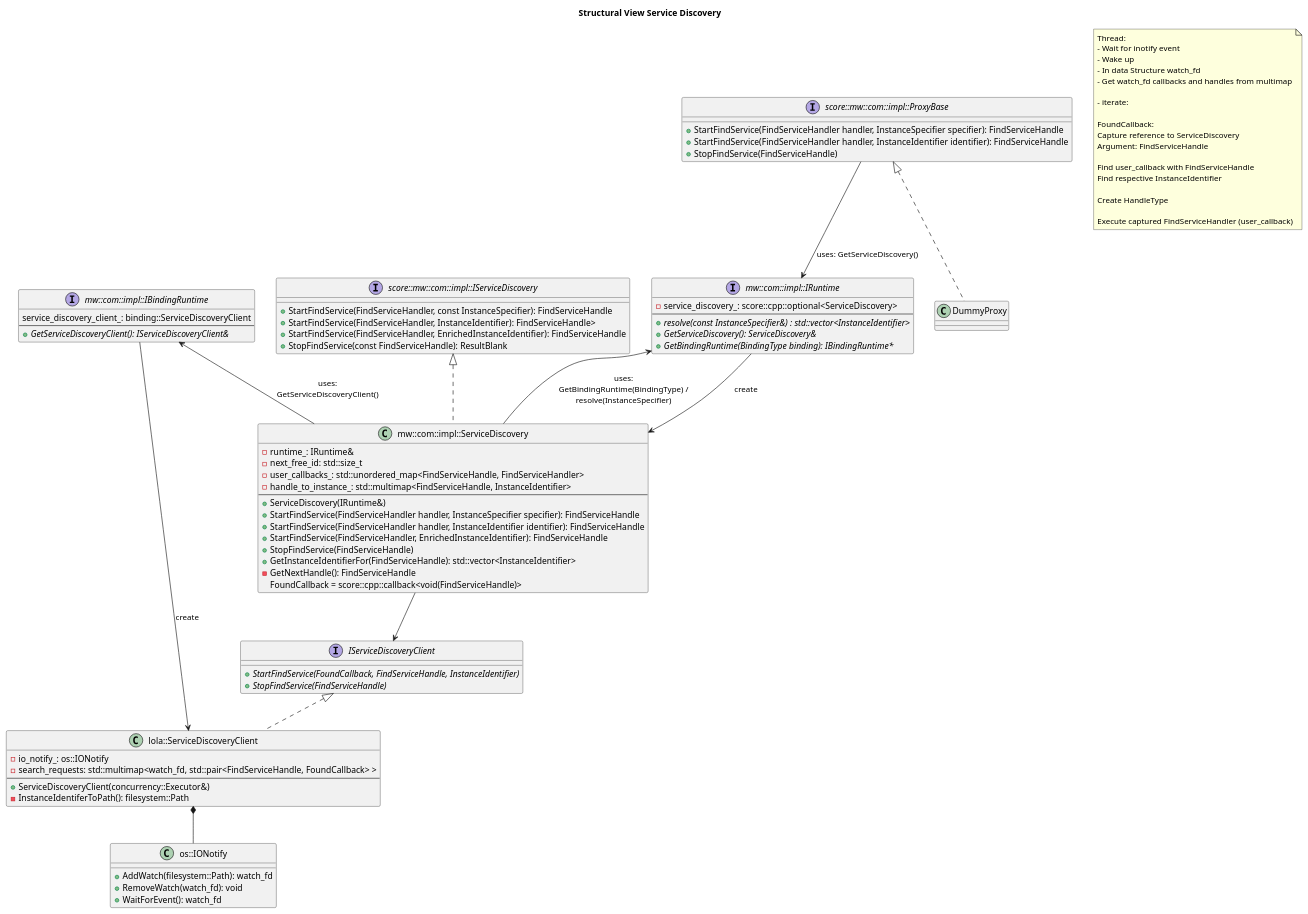
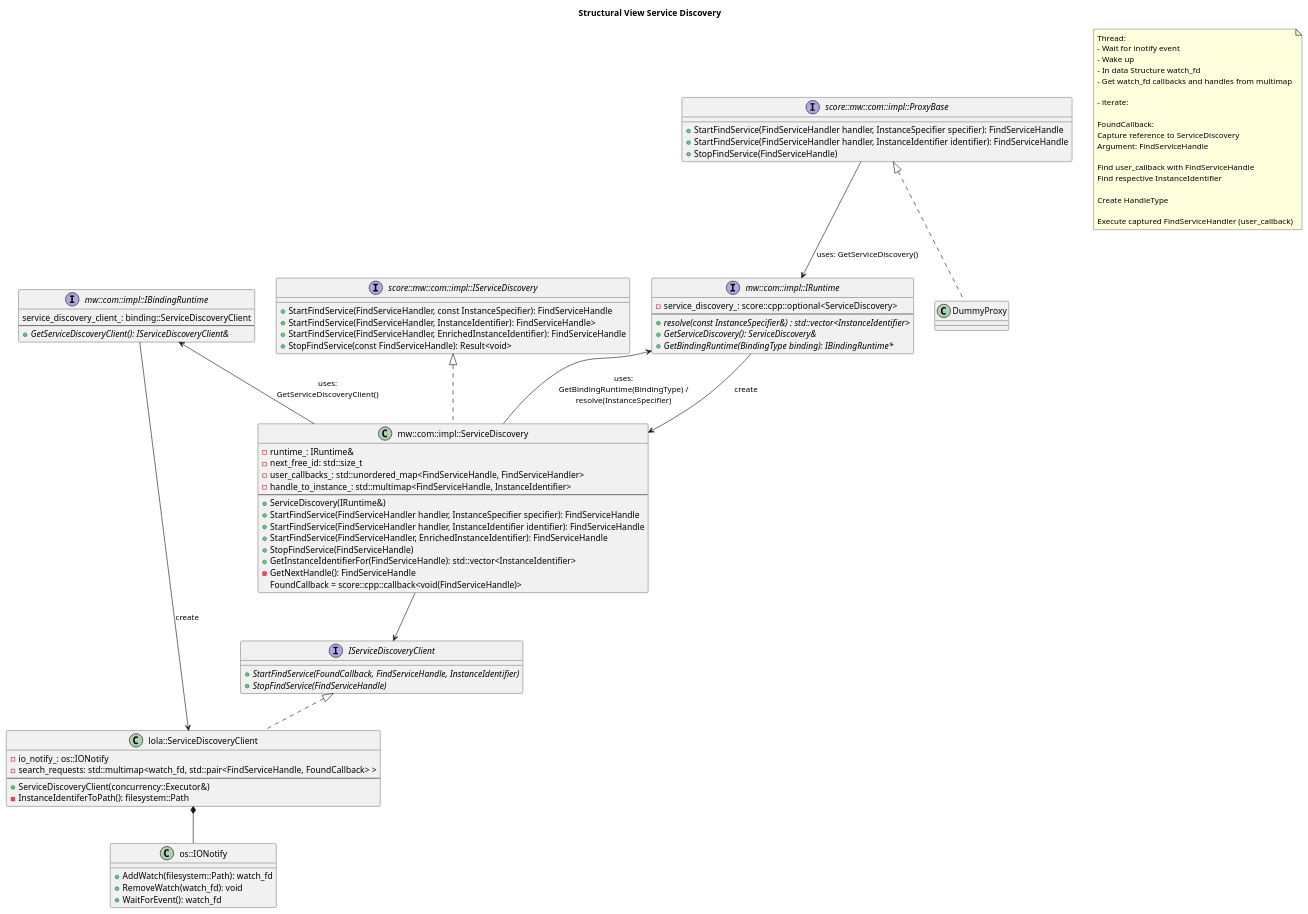
Before and after one commit to qorix-group/communication: the diagram in score/mw/com/design/service_discovery/structural_view.puml, drawn with PlantUML. The commit also changed 163 other files, not shown here.

Commit message:
Use Result<void> directly instead of aliases

```diff
--- a/score/mw/com/design/service_discovery/structural_view.puml
+++ b/score/mw/com/design/service_discovery/structural_view.puml
@@ -1,101 +1,101 @@
 @startuml structural_view_service_discovery
 title "Structural View Service Discovery"
 
 interface "mw::com::impl::IRuntime" as IRuntime {
   - service_discovery_: score::cpp::optional<ServiceDiscovery>
   --
   + {abstract} resolve(const InstanceSpecifier&) : std::vector<InstanceIdentifier>
   + {abstract} GetServiceDiscovery(): ServiceDiscovery&
   + {abstract} GetBindingRuntime(BindingType binding): IBindingRuntime*
 }
 
 class "mw::com::impl::ServiceDiscovery" as ServiceDiscovery {
   - runtime_: IRuntime&
   - next_free_id: std::size_t
   - user_callbacks_: std::unordered_map<FindServiceHandle, FindServiceHandler>
   - handle_to_instance_: std::multimap<FindServiceHandle, InstanceIdentifier>
   --
   + ServiceDiscovery(IRuntime&)
   + StartFindService(FindServiceHandler handler, InstanceSpecifier specifier): FindServiceHandle
   + StartFindService(FindServiceHandler handler, InstanceIdentifier identifier): FindServiceHandle
   + StartFindService(FindServiceHandler, EnrichedInstanceIdentifier): FindServiceHandle
   + StopFindService(FindServiceHandle)
   + GetInstanceIdentifierFor(FindServiceHandle): std::vector<InstanceIdentifier>
   - GetNextHandle(): FindServiceHandle
   FoundCallback = score::cpp::callback<void(FindServiceHandle)>
 }
 
 class "lola::ServiceDiscoveryClient" as ServiceDiscoveryClient {
   - io_notify_: os::IONotify
   - search_requests: std::multimap<watch_fd, std::pair<FindServiceHandle, FoundCallback> >
   --
   + ServiceDiscoveryClient(concurrency::Executor&)
   - InstanceIdentiferToPath(): filesystem::Path
 }
 
 interface "mw::com::impl::IBindingRuntime" as IBindingRuntime {
   service_discovery_client_: binding::ServiceDiscoveryClient
   --
   + {abstract} GetServiceDiscoveryClient(): IServiceDiscoveryClient&
 }
 
 interface "score::mw::com::impl::ProxyBase" as ProxyBase {
   + StartFindService(FindServiceHandler handler, InstanceSpecifier specifier): FindServiceHandle
   + StartFindService(FindServiceHandler handler, InstanceIdentifier identifier): FindServiceHandle
   + StopFindService(FindServiceHandle)
 }
 
 interface "IServiceDiscoveryClient" as IServiceDiscoveryClient {
   + {abstract} StartFindService(FoundCallback, FindServiceHandle, InstanceIdentifier)
   + {abstract} StopFindService(FindServiceHandle)
 }
 
 class "DummyProxy" as DummyProxy {
 }
 
 interface "score::mw::com::impl::IServiceDiscovery" as IServiceDiscovery {
   + StartFindService(FindServiceHandler, const InstanceSpecifier): FindServiceHandle
   + StartFindService(FindServiceHandler, InstanceIdentifier): FindServiceHandle>
   + StartFindService(FindServiceHandler, EnrichedInstanceIdentifier): FindServiceHandle
-  + StopFindService(const FindServiceHandle): ResultBlank
+  + StopFindService(const FindServiceHandle): Result<void>
 }
 
 class "os::IONotify" as IONotify {
   + AddWatch(filesystem::Path): watch_fd
   + RemoveWatch(watch_fd): void
   + WaitForEvent(): watch_fd
 }
 
 IRuntime --> ServiceDiscovery : "create"
 ProxyBase --> IRuntime : "uses: GetServiceDiscovery()"
 IServiceDiscoveryClient <|.. ServiceDiscoveryClient
 IBindingRuntime --> ServiceDiscoveryClient : "create"
 ServiceDiscovery --> IServiceDiscoveryClient
 IRuntime <-- ServiceDiscovery : "uses:\nGetBindingRuntime(BindingType) /\nresolve(InstanceSpecifier)"
 IBindingRuntime <-- ServiceDiscovery : "uses:\nGetServiceDiscoveryClient()"
 ServiceDiscoveryClient *-- IONotify
 ProxyBase <|.. DummyProxy
 IServiceDiscovery <|.. ServiceDiscovery
 
 note as N1
 Thread:
 - Wait for inotify event
 - Wake up
 - In data Structure watch_fd
 - Get watch_fd callbacks and handles from multimap
 
 - iterate:
 
 FoundCallback:
 Capture reference to ServiceDiscovery
 Argument: FindServiceHandle
 
 Find user_callback with FindServiceHandle
 Find respective InstanceIdentifier
 
 Create HandleType
 
 Execute captured FindServiceHandler (user_callback)
 end note
 
 @enduml
```
